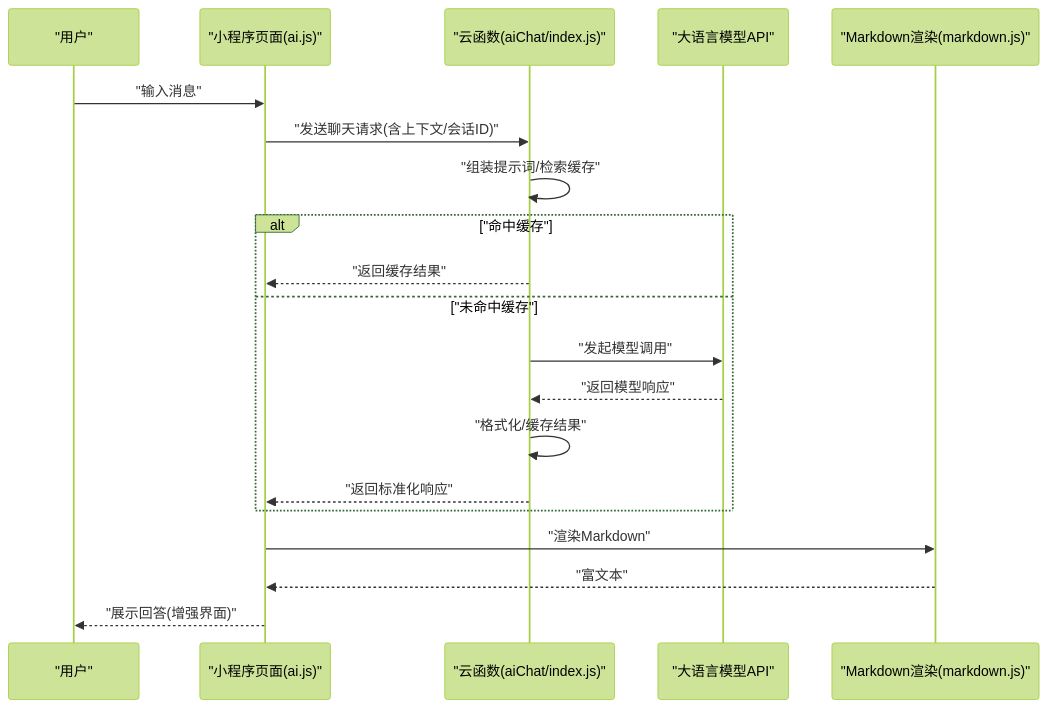
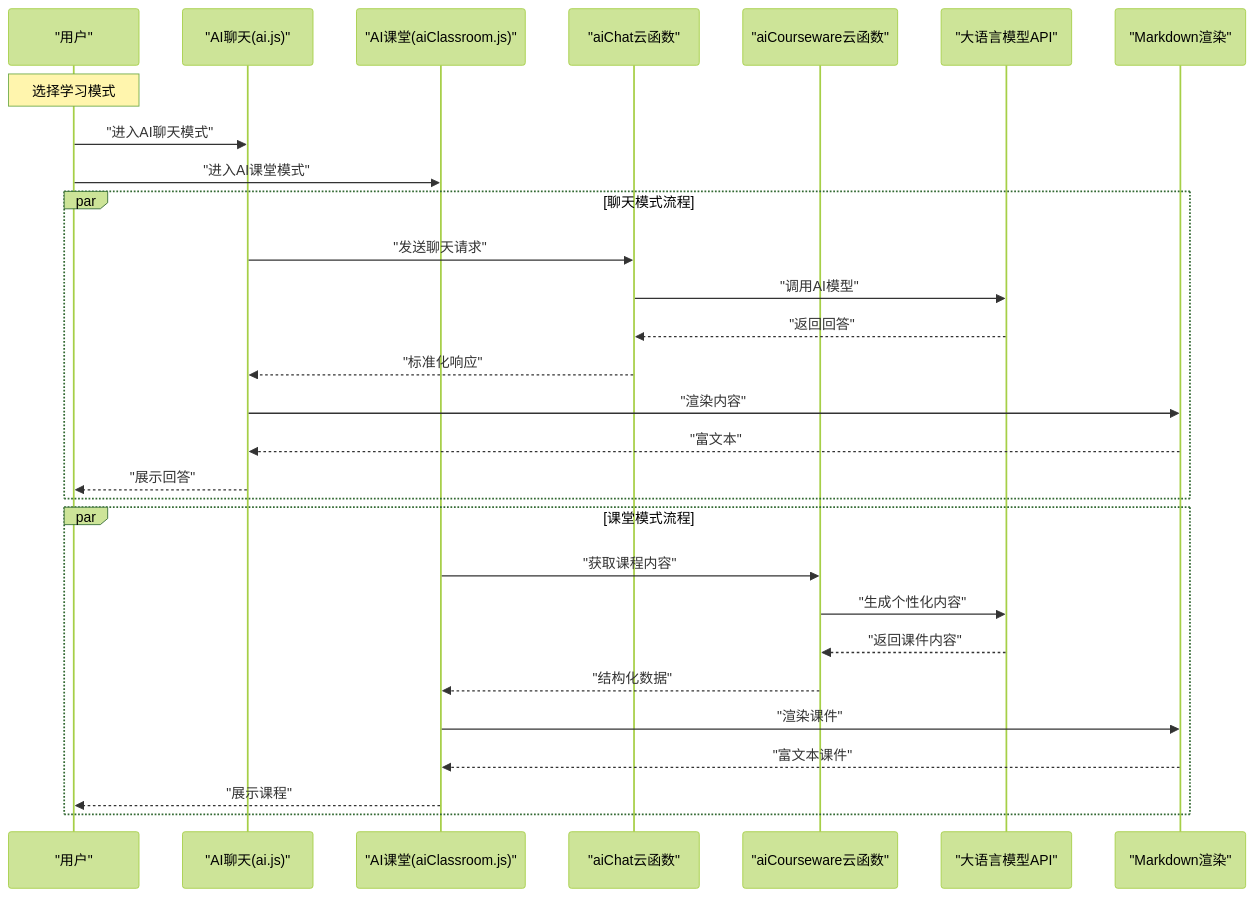
One commit to cwb7756/bio changed the second of 12 diagrams in .qoder/repowiki/zh/content/核心功能模块/AI智能助手.md. Above: the diagram before and after it, drawn with Mermaid (forest theme). The commit also changed other lines of this file and 45 other files, not shown here.

````diff
--- a/.qoder/repowiki/zh/content/核心功能模块/AI智能助手.md
+++ b/.qoder/repowiki/zh/content/核心功能模块/AI智能助手.md
@@ -111,22 +132,31 @@
 ```mermaid
 sequenceDiagram
 participant U as "用户"
-participant P as "小程序页面(ai.js)"
-participant CF as "云函数(aiChat/index.js)"
+participant Chat as "AI聊天(ai.js)"
+participant Class as "AI课堂(aiClassroom.js)"
+participant CF1 as "aiChat云函数"
+participant CF2 as "aiCourseware云函数"
 participant LLM as "大语言模型API"
-participant MD as "Markdown渲染(markdown.js)"
-U->>P : "输入消息"
-P->>CF : "发送聊天请求(含上下文/会话ID)"
-CF->>CF : "组装提示词/检索缓存"
-alt "命中缓存"
-CF-->>P : "返回缓存结果"
-else "未命中缓存"
-CF->>LLM : "发起模型调用"
-LLM-->>CF : "返回模型响应"
-CF->>CF : "格式化/缓存结果"
-CF-->>P : "返回标准化响应"
+participant MD as "Markdown渲染"
+Note over U : 选择学习模式
+U->>Chat : "进入AI聊天模式"
+U->>Class : "进入AI课堂模式"
+par 聊天模式流程
+Chat->>CF1 : "发送聊天请求"
+CF1->>LLM : "调用AI模型"
+LLM-->>CF1 : "返回回答"
+CF1-->>Chat : "标准化响应"
+Chat->>MD : "渲染内容"
+MD-->>Chat : "富文本"
+Chat-->>U : "展示回答"
 end
-P->>MD : "渲染Markdown"
-MD-->>P : "富文本"
-P-->>U : "展示回答(增强界面)"
+par 课堂模式流程
+Class->>CF2 : "获取课程内容"
+CF2->>LLM : "生成个性化内容"
+LLM-->>CF2 : "返回课件内容"
+CF2-->>Class : "结构化数据"
+Class->>MD : "渲染课件"
+MD-->>Class : "富文本课件"
+Class-->>U : "展示课程"
+end
 ```
````
